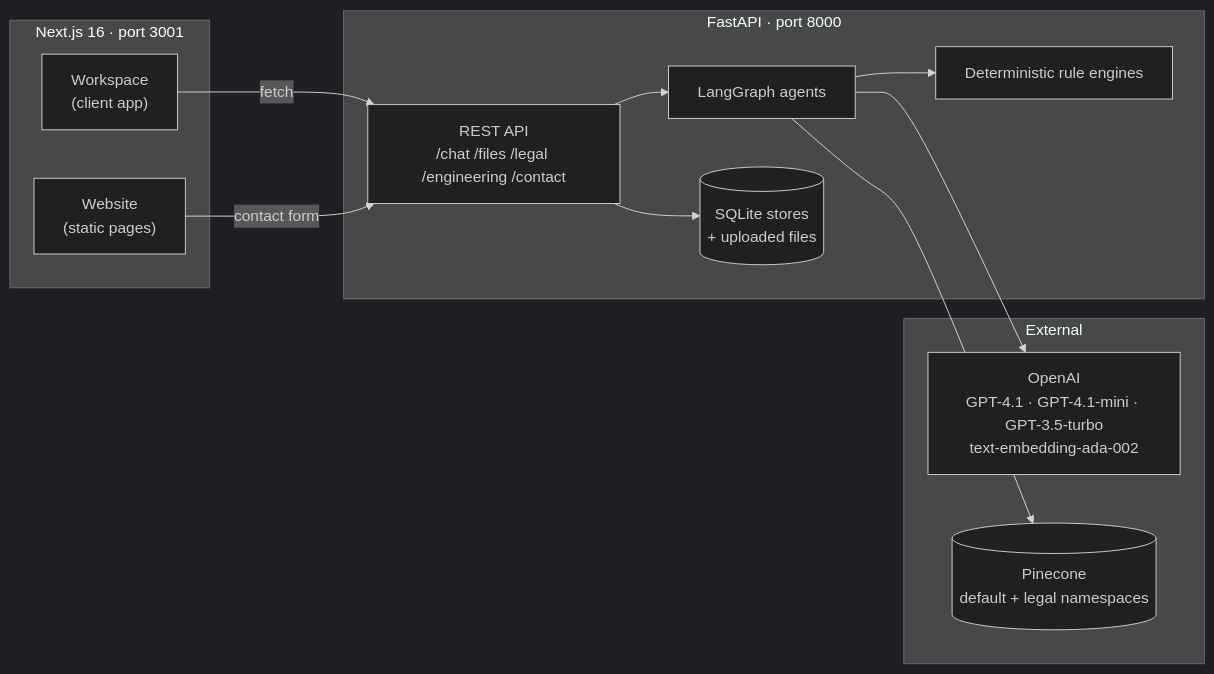
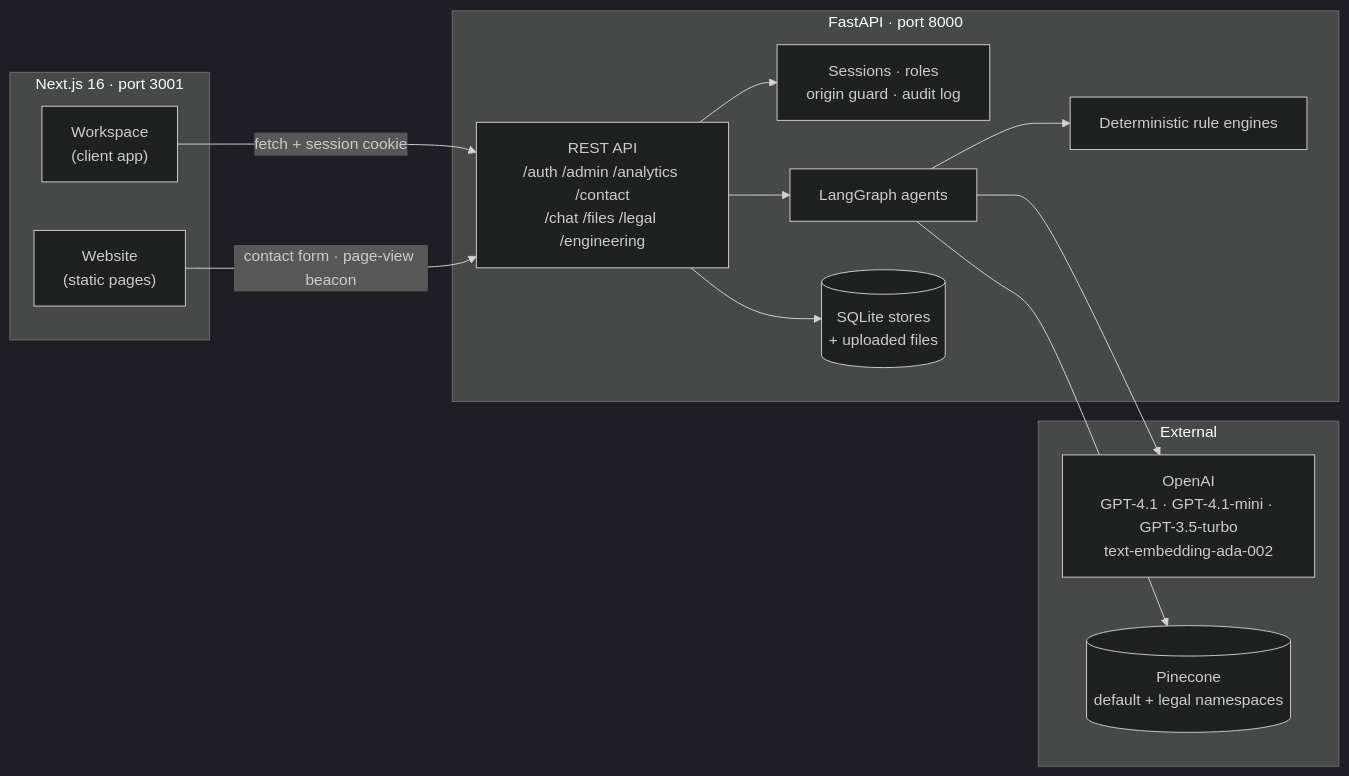
One commit to faizanarshad/Agentic_RAG_System changed the first of 4 diagrams in README.md. Above: the diagram before and after it, drawn with Mermaid (dark theme). The commit also changed other lines of this file and 55 other files, not shown here.

````diff
--- a/README.md
+++ b/README.md
@@ -142,27 +181,29 @@
 ```mermaid
 flowchart LR
     subgraph Frontend["Next.js 16 · port 3001"]
         Site["Website<br/>(static pages)"]
         WS["Workspace<br/>(client app)"]
     end
 
     subgraph Backend["FastAPI · port 8000"]
-        API["REST API<br/>/chat /files /legal /engineering /contact"]
+        API["REST API<br/>/auth /admin /analytics /contact<br/>/chat /files /legal /engineering"]
+        Auth["Sessions · roles<br/>origin guard · audit log"]
         Agents["LangGraph agents"]
         Rules["Deterministic rule engines"]
         Stores[("SQLite stores<br/>+ uploaded files")]
     end
 
     subgraph External
         OpenAI["OpenAI<br/>GPT-4.1 · GPT-4.1-mini · GPT-3.5-turbo<br/>text-embedding-ada-002"]
         Pinecone[("Pinecone<br/>default + legal namespaces")]
     end
 
-    WS -->|fetch| API
-    Site -->|contact form| API
+    WS -->|fetch + session cookie| API
+    Site -->|contact form · page-view beacon| API
+    API --> Auth
     API --> Agents
     Agents --> Rules
     Agents --> OpenAI
     Agents --> Pinecone
     API --> Stores
 ```
````
